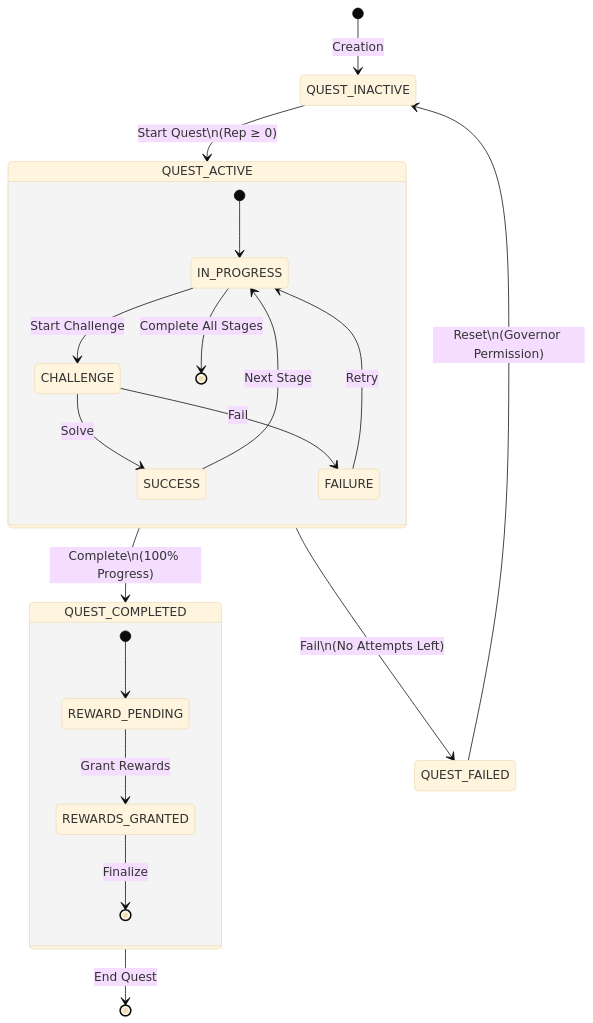
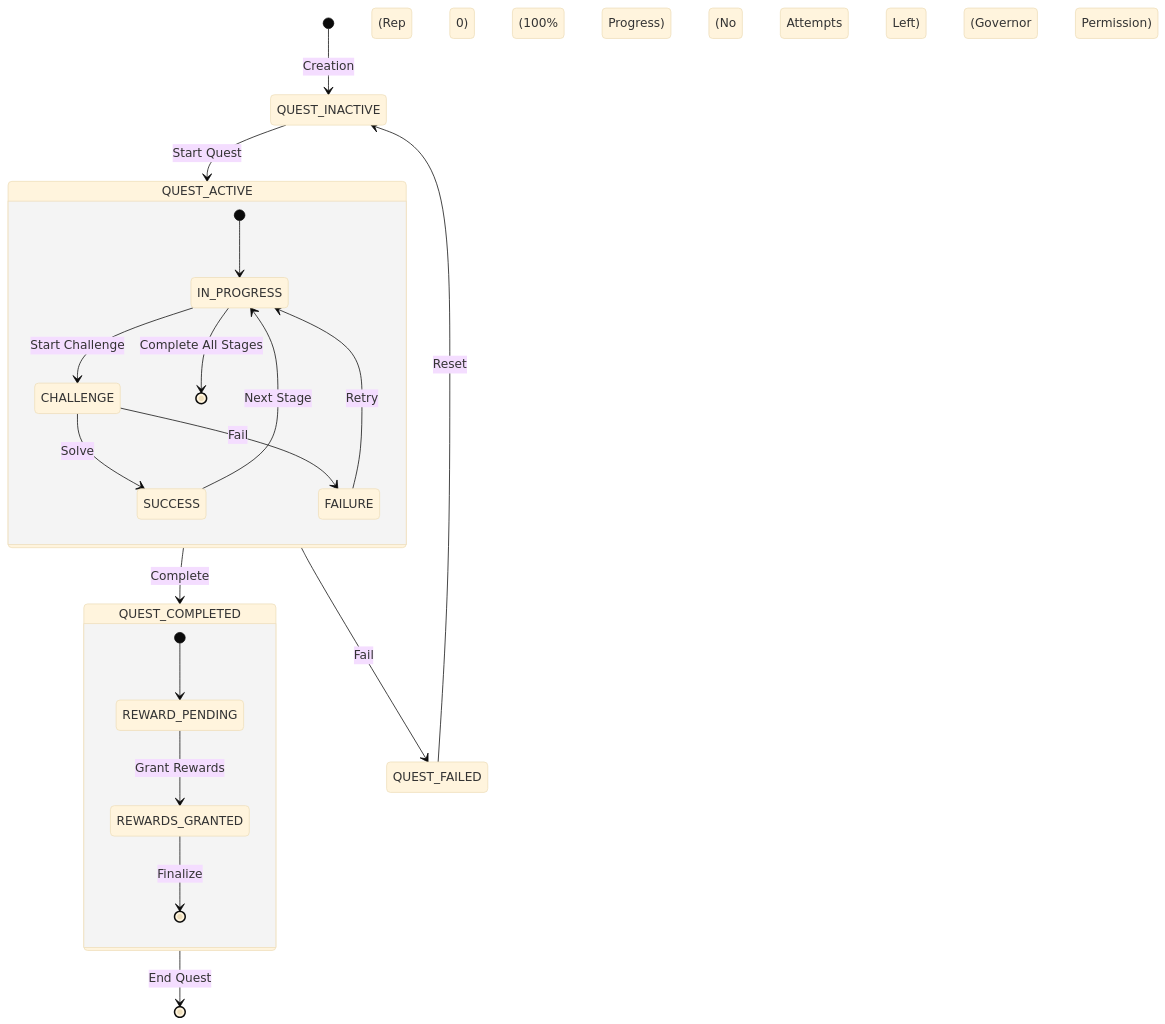
Before and after one commit to BTCEnoch/gov: the second of 2 diagrams in docs/architecture/diagrams/quest_generation_flow.md, drawn with Mermaid (base theme). The commit also changed other lines of this file and 83 other files, not shown here.

First line of the commit message:
SACRED CODEX PURIFICATION & ARCHITECTURE COMPLETION

````diff
--- a/docs/architecture/diagrams/quest_generation_flow.md
+++ b/docs/architecture/diagrams/quest_generation_flow.md
@@ -46,25 +46,29 @@
 ```mermaid
 stateDiagram-v2
     [*] --> QUEST_INACTIVE: Creation
-    QUEST_INACTIVE --> QUEST_ACTIVE: Start Quest\n(Rep ≥ 0)
-    QUEST_ACTIVE --> QUEST_COMPLETED: Complete\n(100% Progress)
-    QUEST_ACTIVE --> QUEST_FAILED: Fail\n(No Attempts Left)
-    QUEST_FAILED --> QUEST_INACTIVE: Reset\n(Governor Permission)
+    QUEST_INACTIVE --> QUEST_ACTIVE: Start Quest
+(Rep  0)
+    QUEST_ACTIVE --> QUEST_COMPLETED: Complete
+(100% Progress)
+    QUEST_ACTIVE --> QUEST_FAILED: Fail
+(No Attempts Left)
+    QUEST_FAILED --> QUEST_INACTIVE: Reset
+(Governor Permission)
     QUEST_COMPLETED --> [*]: End Quest
 
     state QUEST_ACTIVE {
         [*] --> IN_PROGRESS
         IN_PROGRESS --> CHALLENGE: Start Challenge
         CHALLENGE --> SUCCESS: Solve
         CHALLENGE --> FAILURE: Fail
         SUCCESS --> IN_PROGRESS: Next Stage
         FAILURE --> IN_PROGRESS: Retry
         IN_PROGRESS --> [*]: Complete All Stages
     }
 
     state QUEST_COMPLETED {
         [*] --> REWARD_PENDING
         REWARD_PENDING --> REWARDS_GRANTED: Grant Rewards
         REWARDS_GRANTED --> [*]: Finalize
     }
-``` 
+```
````
